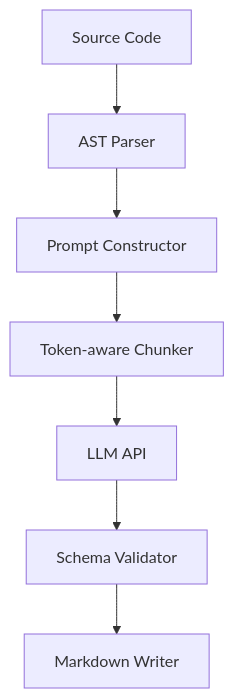
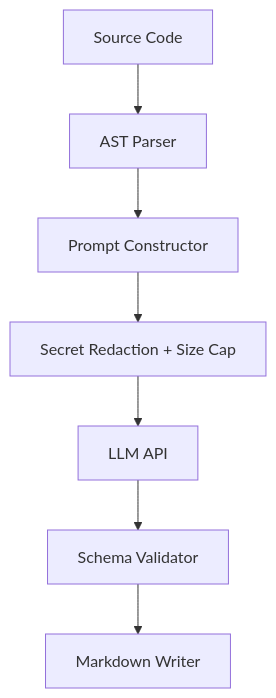
The diagram in README.md (Wasif-ZA/AutoDocs), drawn with Mermaid before and after one commit. The commit also changed other lines of this file and 14 other files, not shown here.

````diff
--- a/README.md
+++ b/README.md
@@ -14,9 +107,9 @@
 ```mermaid
 flowchart TD
     A[Source Code] --> B[AST Parser]
     B --> C[Prompt Constructor]
-    C --> D[Token-aware Chunker]
+    C --> D[Secret Redaction + Size Cap]
     D --> E[LLM API]
     E --> F[Schema Validator]
     F --> G[Markdown Writer]
 ```
````
